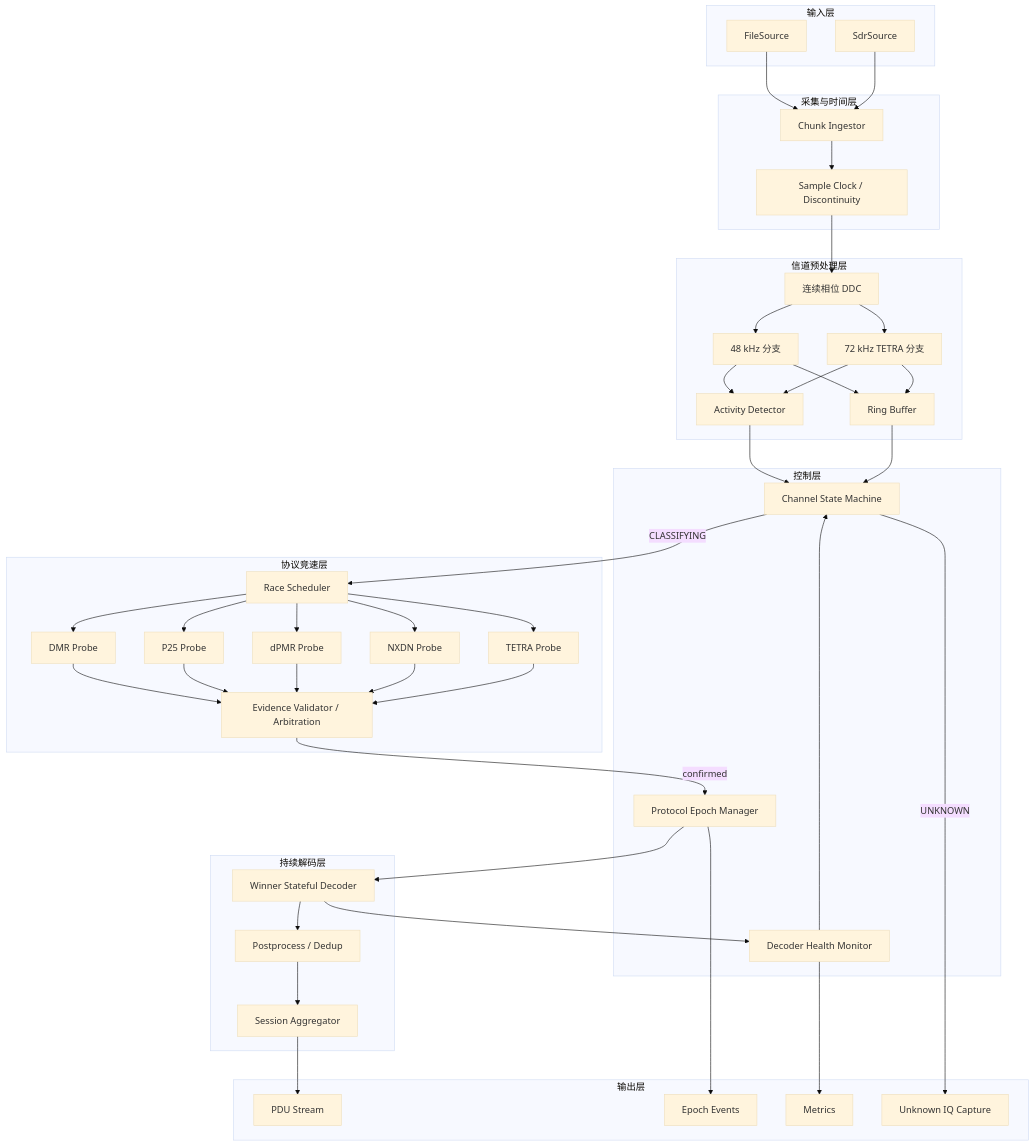
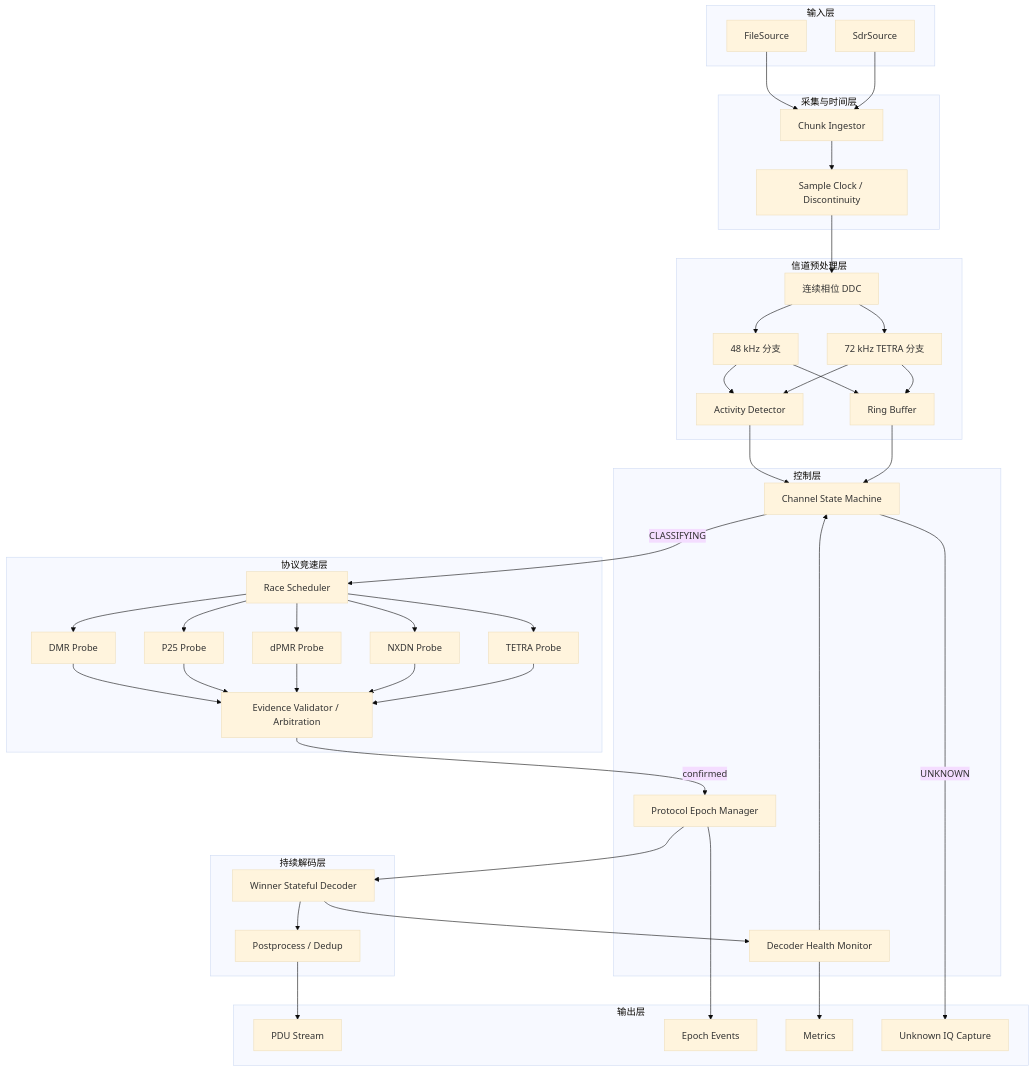
Before and after one commit to Atn0s/PMR_signal_decoder: the first of 4 diagrams in docs/实时微批处理五制式并行识别架构设计.md, drawn with Mermaid (base theme). The commit also changed other lines of this file and 57 other files, not shown here.

````diff
--- a/docs/实时微批处理五制式并行识别架构设计.md
+++ b/docs/实时微批处理五制式并行识别架构设计.md
@@ -80,78 +80,77 @@
 ```mermaid
 flowchart TB
     subgraph Source[输入层]
         F[FileSource]
         S[SdrSource]
     end
 
     subgraph Ingest[采集与时间层]
         I[Chunk Ingestor]
         C[Sample Clock / Discontinuity]
     end
 
     subgraph Channel[信道预处理层]
         D[连续相位 DDC]
         R48[48 kHz 分支]
         R72[72 kHz TETRA 分支]
         A[Activity Detector]
         B[Ring Buffer]
     end
 
     subgraph Control[控制层]
         FSM[Channel State Machine]
         E[Protocol Epoch Manager]
         H[Decoder Health Monitor]
     end
 
     subgraph Race[协议竞速层]
         Q[Race Scheduler]
         P1[DMR Probe]
         P2[P25 Probe]
         P3[dPMR Probe]
         P4[NXDN Probe]
         P5[TETRA Probe]
         V[Evidence Validator / Arbitration]
     end
 
     subgraph Decode[持续解码层]
         W[Winner Stateful Decoder]
         O[Postprocess / Dedup]
-        G[Session Aggregator]
     end
 
     subgraph Output[输出层]
         PD[PDU Stream]
         EP[Epoch Events]
         M[Metrics]
         U[Unknown IQ Capture]
     end
 
     F --> I
     S --> I
     I --> C --> D
     D --> R48
     D --> R72
     R48 --> A
     R72 --> A
     R48 --> B
     R72 --> B
     A --> FSM
     B --> FSM
     FSM -->|CLASSIFYING| Q
     Q --> P1
     Q --> P2
     Q --> P3
     Q --> P4
     Q --> P5
     P1 --> V
     P2 --> V
     P3 --> V
     P4 --> V
     P5 --> V
     V -->|confirmed| E --> W
     W --> H --> FSM
-    W --> O --> G --> PD
+    W --> O --> PD
     E --> EP
     H --> M
     FSM -->|UNKNOWN| U
 ```
````
